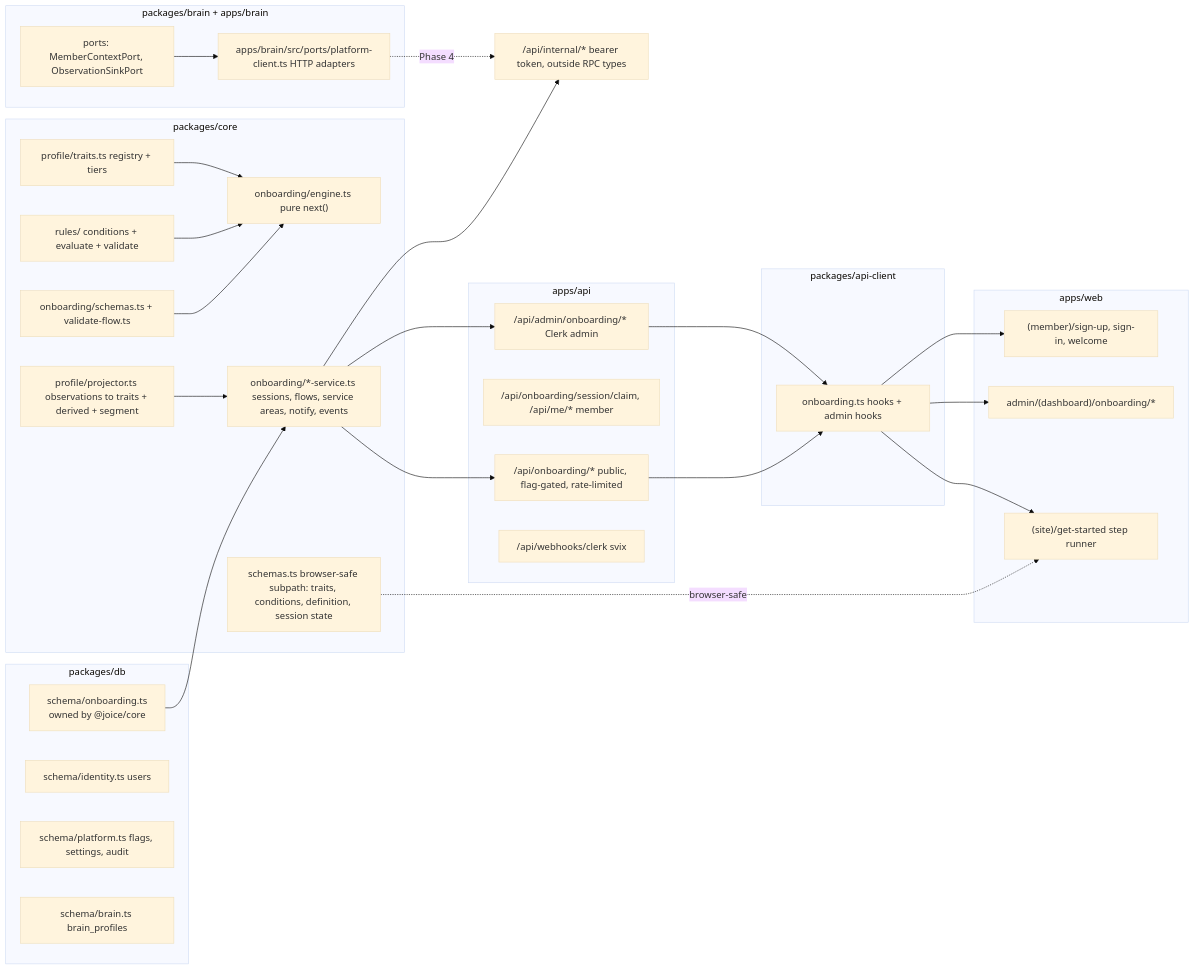
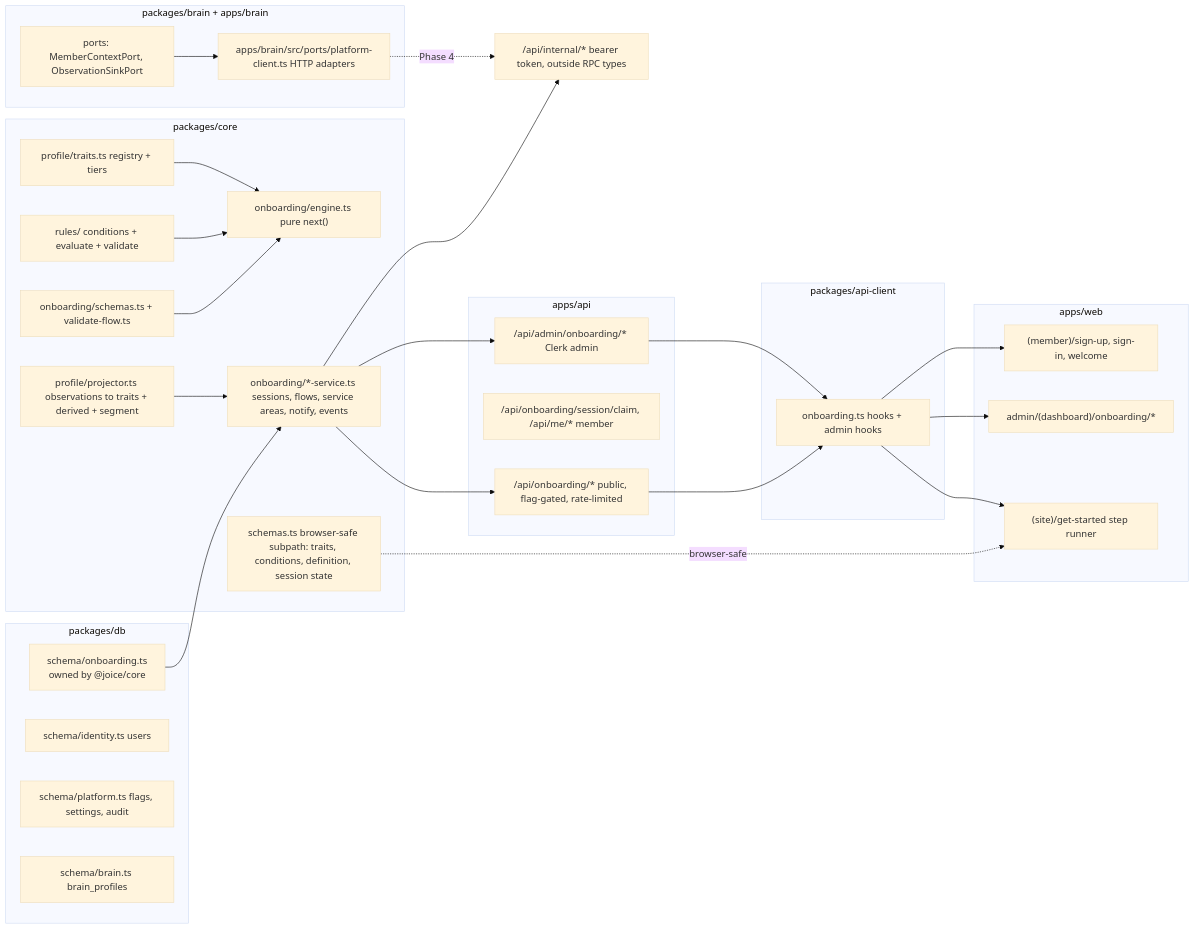
The third of 9 diagrams in docs/onboarding/00-plan.md (Joice-Health/Joice), drawn with Mermaid (base theme) before and after one commit. The commit also changed other lines of this file and 1 other file, not shown here.

First line of the commit message:
Brief: no Clerk webhook; the member record is created from the sign-up response

````diff
--- a/docs/onboarding/00-plan.md
+++ b/docs/onboarding/00-plan.md
@@ -200,53 +200,52 @@
 ```mermaid
 flowchart LR
   subgraph db[packages/db]
     ON[schema/onboarding.ts<br/>owned by @joice/core]
     ID[schema/identity.ts users]
     PL[schema/platform.ts flags, settings, audit]
     BR[schema/brain.ts brain_profiles]
   end
   subgraph core[packages/core]
     TR["profile/traits.ts registry + tiers"]
     CD["rules/ conditions + evaluate + validate"]
     EN["onboarding/engine.ts pure next()"]
     DF["onboarding/schemas.ts + validate-flow.ts"]
     SV["onboarding/*-service.ts sessions, flows, service areas, notify, events"]
     PR["profile/projector.ts observations to traits + derived + segment"]
     SC["schemas.ts browser-safe subpath: traits, conditions, definition, session state"]
   end
   subgraph api[apps/api]
     PUB["/api/onboarding/* public, flag-gated, rate-limited"]
     MEM["/api/onboarding/session/claim, /api/me/* member"]
     ADM["/api/admin/onboarding/* Clerk admin"]
-    WH["/api/webhooks/clerk svix"]
   end
   subgraph client[packages/api-client]
     HK["onboarding.ts hooks + admin hooks"]
   end
   subgraph web[apps/web]
     GS["(site)/get-started step runner"]
     AU["(member)/sign-up, sign-in, welcome"]
     AD["admin/(dashboard)/onboarding/*"]
   end
   subgraph brain[packages/brain + apps/brain]
     PT["ports: MemberContextPort, ObservationSinkPort"]
     AP["apps/brain/src/ports/platform-client.ts HTTP adapters"]
   end
   INT["/api/internal/* bearer token, outside RPC types"]
   ON --> SV
   TR --> EN
   CD --> EN
   DF --> EN
   SV --> PUB
   SV --> ADM
   SV --> INT
   PR --> SV
   PUB --> HK
   ADM --> HK
   HK --> GS
   HK --> AD
   HK --> AU
   SC -. browser-safe .-> GS
   PT --> AP
   AP -. Phase 4 .-> INT
 ```
````
